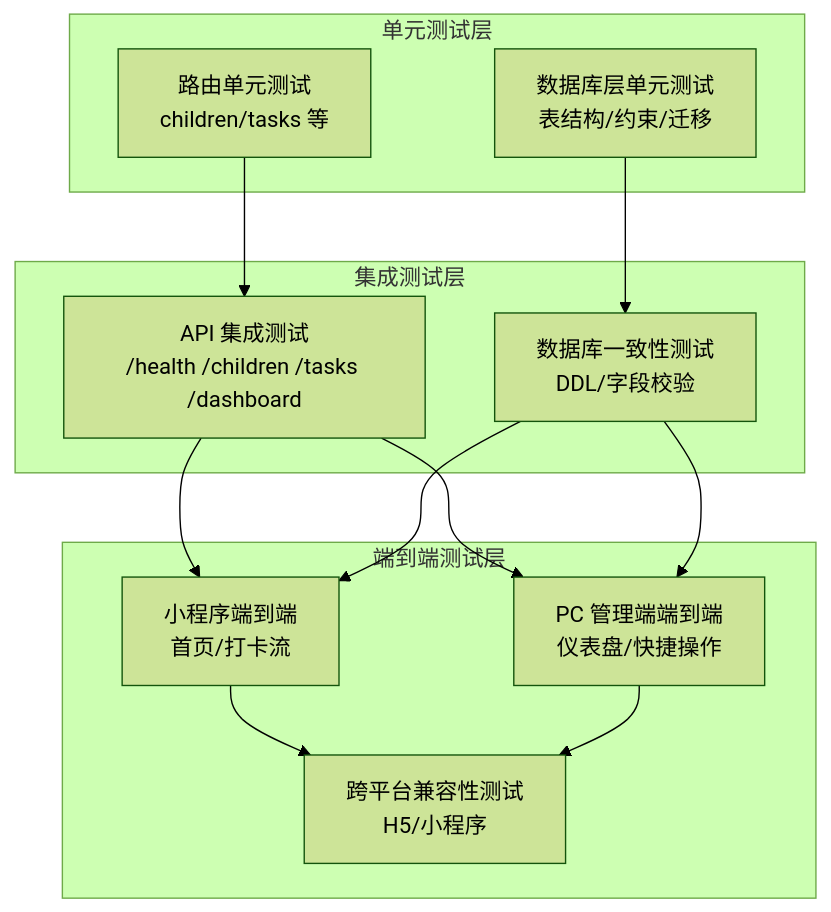
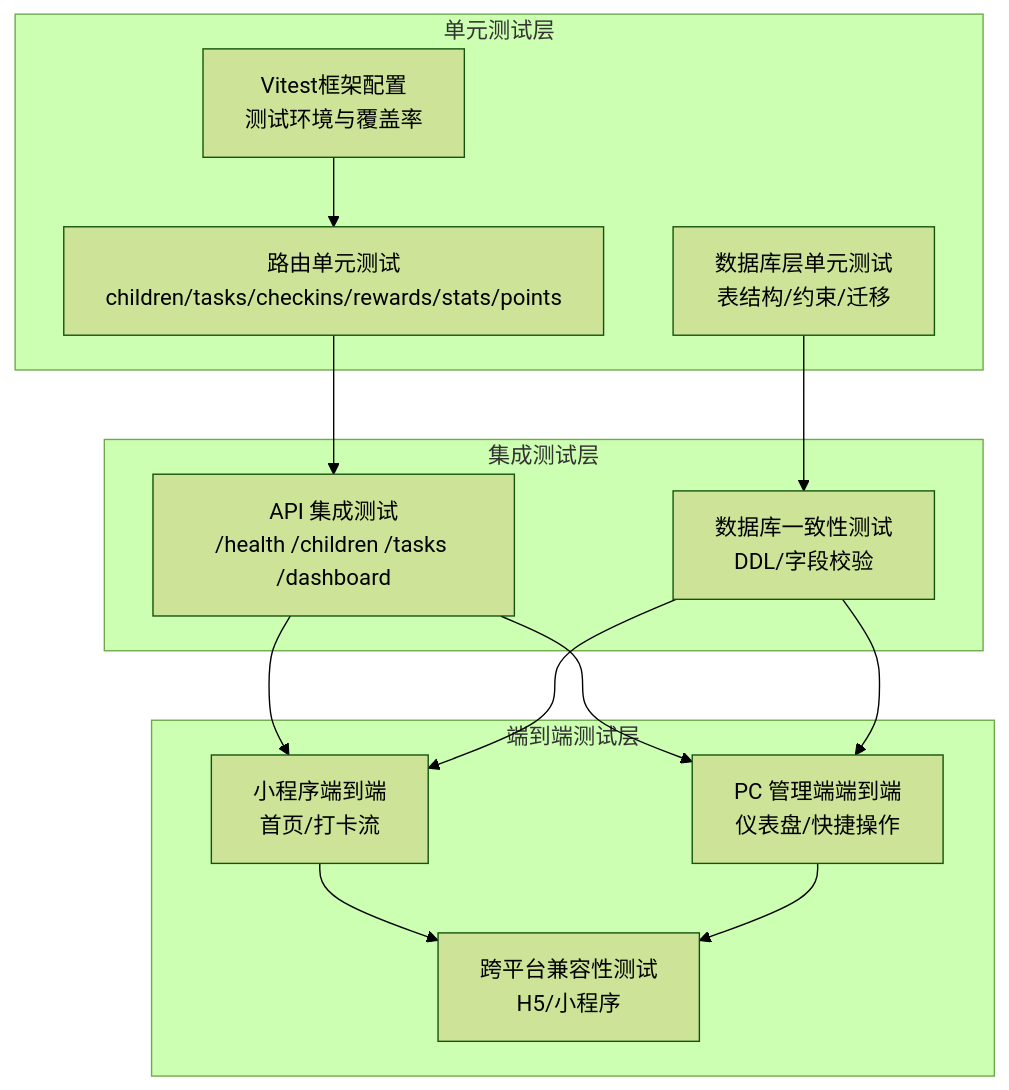
The second of 7 diagrams in .qoder/repowiki/zh/content/测试策略/测试策略.md (dawny123123/StarParadise), drawn with Mermaid (forest theme) before and after one commit. The commit also changed other lines of this file and 102 other files, not shown here.

````diff
--- a/.qoder/repowiki/zh/content/测试策略/测试策略.md
+++ b/.qoder/repowiki/zh/content/测试策略/测试策略.md
@@ -123,24 +153,26 @@
 ```mermaid
 graph TB
 subgraph "单元测试层"
 UT_DB["数据库层单元测试<br/>表结构/约束/迁移"]
-UT_Routes["路由单元测试<br/>children/tasks 等"]
+UT_Routes["路由单元测试<br/>children/tasks/checkins/rewards/stats/points"]
+UT_Vitest["Vitest框架配置<br/>测试环境与覆盖率"]
 end
 subgraph "集成测试层"
 IT_API["API 集成测试<br/>/health /children /tasks /dashboard"]
 IT_DBConsistency["数据库一致性测试<br/>DDL/字段校验"]
 end
 subgraph "端到端测试层"
 E2E_MP["小程序端到端<br/>首页/打卡流"]
 E2E_PC["PC 管理端端到端<br/>仪表盘/快捷操作"]
 E2E_Compat["跨平台兼容性测试<br/>H5/小程序"]
 end
 UT_DB --> IT_DBConsistency
 UT_Routes --> IT_API
+UT_Vitest --> UT_Routes
 IT_API --> E2E_MP
 IT_API --> E2E_PC
 IT_DBConsistency --> E2E_MP
 IT_DBConsistency --> E2E_PC
 E2E_MP --> E2E_Compat
 E2E_PC --> E2E_Compat
 ```
````
